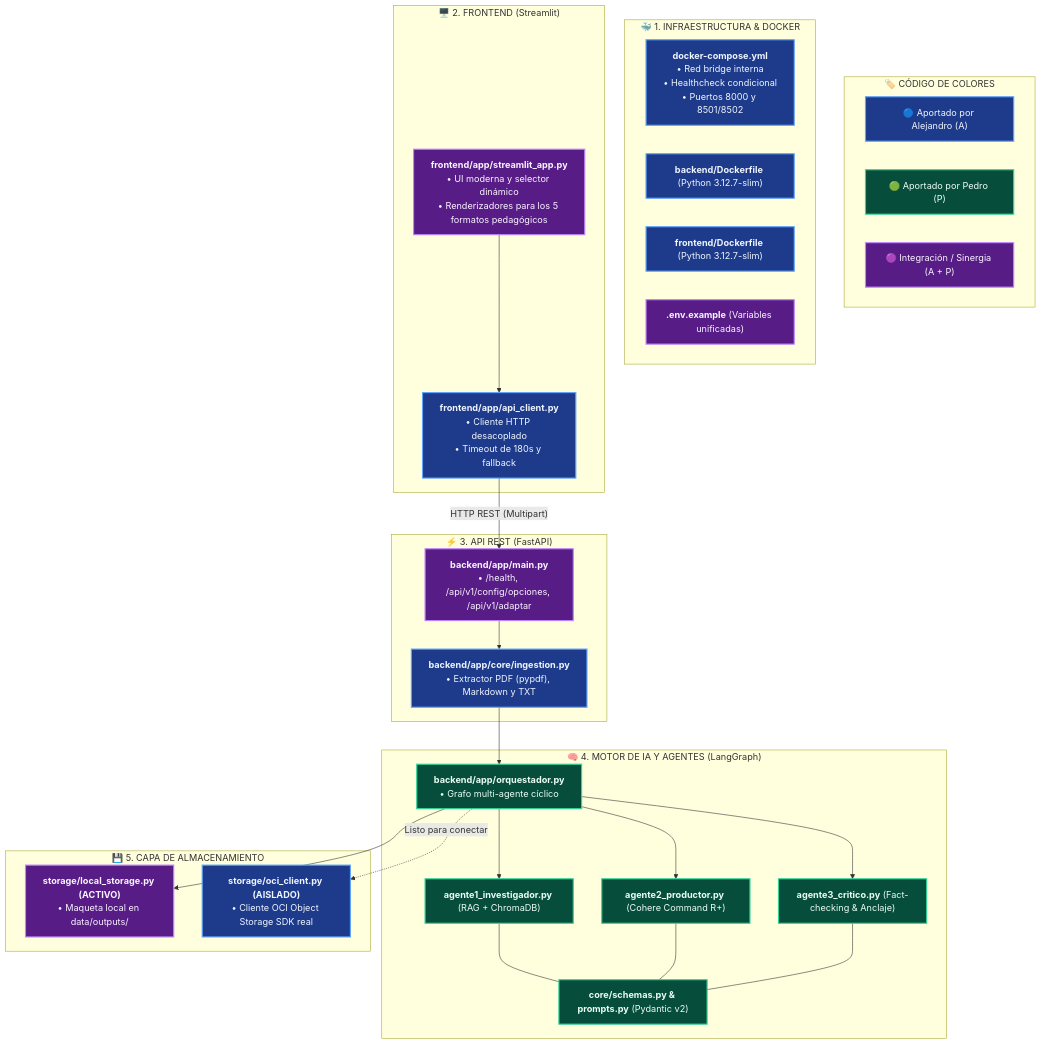
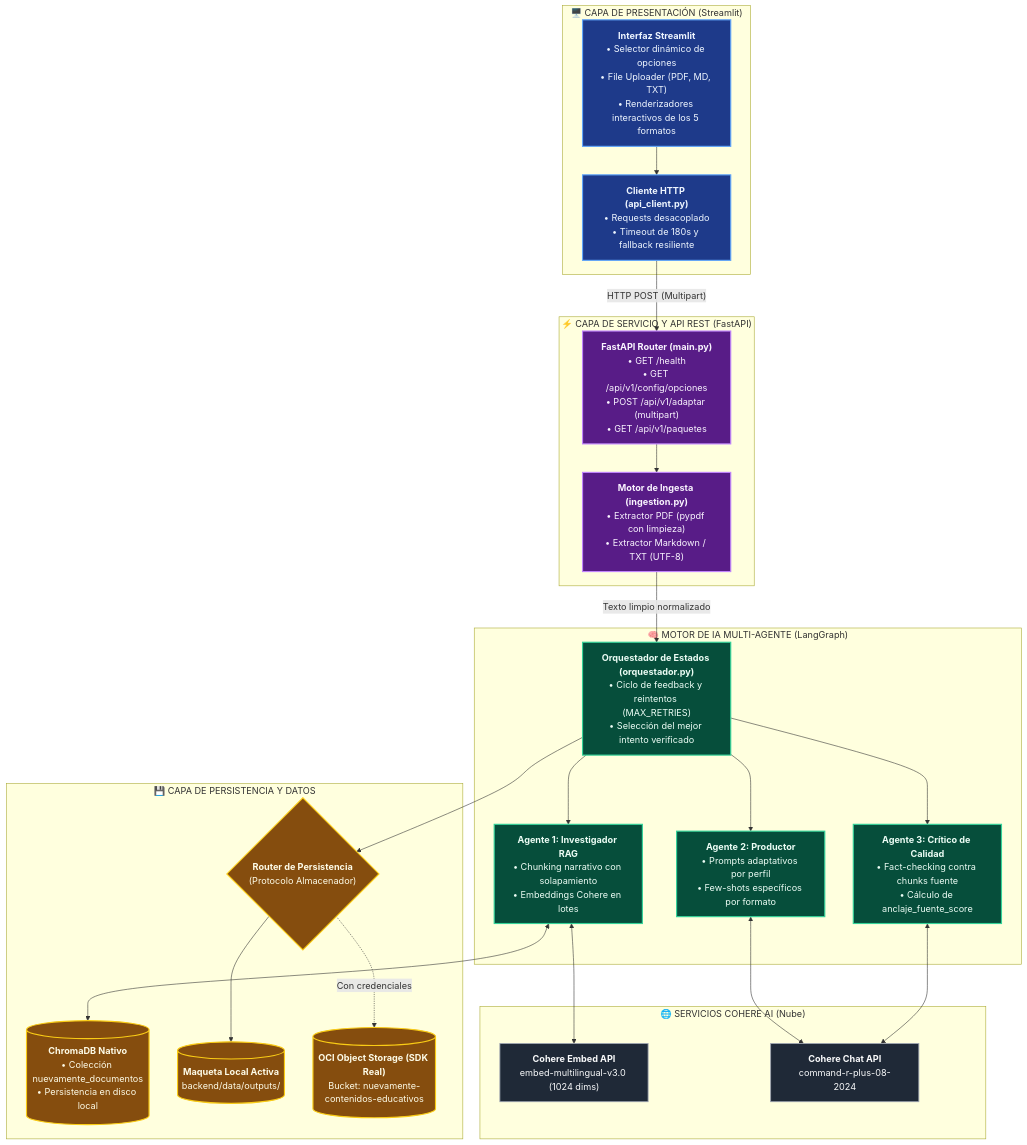
The first of 4 diagrams in README.md (No-Country-simulation/G10-LATAM-equipo10NovaMind), drawn with Mermaid before and after one commit. The commit also changed other lines of this file and 20 other files, not shown here.

````diff
--- a/README.md
+++ b/README.md
@@ -18,60 +24,62 @@
 ```mermaid
 graph TD
-    %% Estilos de autoría
-    classDef alejandro fill:#1e3a8a,stroke:#60a5fa,stroke-width:2px,color:#eff6ff;
-    classDef pedro fill:#064e3b,stroke:#34d399,stroke-width:2px,color:#ecfdf5;
-    classDef sinergia fill:#581c87,stroke:#c084fc,stroke-width:2px,color:#faf5ff;
+    %% Estilos de Nodos
+    classDef client fill:#1e3a8a,stroke:#60a5fa,stroke-width:2px,color:#eff6ff;
+    classDef api fill:#581c87,stroke:#c084fc,stroke-width:2px,color:#faf5ff;
+    classDef agent fill:#064e3b,stroke:#34d399,stroke-width:2px,color:#ecfdf5;
+    classDef storage fill:#854d0e,stroke:#facc15,stroke-width:2px,color:#fefce8;
+    classDef external fill:#1f2937,stroke:#9ca3af,stroke-width:1.5px,color:#f9fafb;
 
-    %% Leyenda
-    subgraph LEYENDA ["🏷️ CÓDIGO DE COLORES"]
-        L_A["🔵 Aportado por Alejandro (A)"]:::alejandro
-        L_P["🟢 Aportado por Pedro (P)"]:::pedro
-        L_AP["🟣 Integración / Sinergia (A + P)"]:::sinergia
+    %% CAPA CLIENTE / FRONTEND
+    subgraph CAPA_FRONTEND ["🖥️ CAPA DE PRESENTACIÓN (Streamlit)"]
+        UI["<b>Interfaz Streamlit</b><br/>• Selector dinámico de opciones<br/>• File Uploader (PDF, MD, TXT)<br/>• Renderizadores interactivos de los 5 formatos"]:::client
+        HTTP_CLIENT["<b>Cliente HTTP (api_client.py)</b><br/>• Requests desacoplado<br/>• Timeout de 180s y fallback resiliente"]:::client
+        UI --> HTTP_CLIENT
     end
 
-    %% 1. Infraestructura
-    subgraph INFRA ["🐳 1. INFRAESTRUCTURA & DOCKER"]
-        COMPOSE["<b>docker-compose.yml</b><br/>• Red bridge interna<br/>• Healthcheck condicional<br/>• Puertos 8000 y 8501/8502"]:::alejandro
-        DOCK_B["<b>backend/Dockerfile</b> (Python 3.12.7-slim)"]:::alejandro
-        DOCK_F["<b>frontend/Dockerfile</b> (Python 3.12.7-slim)"]:::alejandro
-        ENV["<b>.env.example</b> (Variables unificadas)"]:::sinergia
+    %% CAPA SERVICIO / BACKEND
+    subgraph CAPA_BACKEND ["⚡ CAPA DE SERVICIO Y API REST (FastAPI)"]
+        API_ROUTER["<b>FastAPI Router (main.py)</b><br/>• GET /health<br/>• GET /api/v1/config/opciones<br/>• POST /api/v1/adaptar (multipart)<br/>• GET /api/v1/paquetes"]:::api
+        INGESTION_ENGINE["<b>Motor de Ingesta (ingestion.py)</b><br/>• Extractor PDF (pypdf con limpieza)<br/>• Extractor Markdown / TXT (UTF-8)"]:::api
+        API_ROUTER --> INGESTION_ENGINE
     end
 
-    %% 2. Frontend
-    subgraph FRONTEND ["🖥️ 2. FRONTEND (Streamlit)"]
-        UI["<b>frontend/app/streamlit_app.py</b><br/>• UI moderna y selector dinámico<br/>• Renderizadores para los 5 formatos pedagógicos"]:::sinergia
-        CLIENT["<b>frontend/app/api_client.py</b><br/>• Cliente HTTP desacoplado<br/>• Timeout de 180s y fallback"]:::alejandro
-        UI --> CLIENT
+    %% CAPA MOTOR DE IA
+    subgraph CAPA_IA ["🧠 MOTOR DE IA MULTI-AGENTE (LangGraph)"]
+        ORQUESTADOR["<b>Orquestador de Estados (orquestador.py)</b><br/>• Ciclo de feedback y reintentos (MAX_RETRIES)<br/>• Selección del mejor intento verificado"]:::agent
+        
+        AG1["<b>Agente 1: Investigador RAG</b><br/>• Chunking narrativo con solapamiento<br/>• Embeddings Cohere en lotes"]:::agent
+        AG2["<b>Agente 2: Productor</b><br/>• Prompts adaptativos por perfil<br/>• Few-shots específicos por formato"]:::agent
+        AG3["<b>Agente 3: Crítico de Calidad</b><br/>• Fact-checking contra chunks fuente<br/>• Cálculo de anclaje_fuente_score"]:::agent
+
+        ORQUESTADOR --> AG1
+        ORQUESTADOR --> AG2
+        ORQUESTADOR --> AG3
     end
 
-    %% 3. Backend API
-    subgraph API_REST ["⚡ 3. API REST (FastAPI)"]
-        FASTAPI["<b>backend/app/main.py</b><br/>• /health, /api/v1/config/opciones, /api/v1/adaptar"]:::sinergia
-        INGEST["<b>backend/app/core/ingestion.py</b><br/>• Extractor PDF (pypdf), Markdown y TXT"]:::alejandro
-        FASTAPI --> INGEST
+    %% CAPA EXTERNA DE IA
+    subgraph SERVICIOS_EXTERNOS ["🌐 SERVICIOS COHERE AI (Nube)"]
+        COHERE_EMBED["<b>Cohere Embed API</b><br/>embed-multilingual-v3.0 (1024 dims)"]:::external
+        COHERE_CHAT["<b>Cohere Chat API</b><br/>command-r-plus-08-2024"]:::external
     end
 
-    %% 4. Motor de IA
-    subgraph IA_CORE ["🧠 4. MOTOR DE IA Y AGENTES (LangGraph)"]
-        ORQ["<b>backend/app/orquestador.py</b><br/>• Grafo multi-agente cíclico"]:::pedro
-        AG1["<b>agente1_investigador.py</b> (RAG + ChromaDB)"]:::pedro
-        AG2["<b>agente2_productor.py</b> (Cohere Command R+)"]:::pedro
-        AG3["<b>agente3_critico.py</b> (Fact-checking & Anclaje)"]:::pedro
-        SCHEMAS["<b>core/schemas.py & prompts.py</b> (Pydantic v2)"]:::pedro
+    %% CAPA DE ALMACENAMIENTO
+    subgraph CAPA_DATOS ["💾 CAPA DE PERSISTENCIA Y DATOS"]
+        CHROMA_DB[("<b>ChromaDB Nativo</b><br/>• Colección nuevamente_documentos<br/>• Persistencia en disco local")]:::storage
+        STORAGE_ROUTER{"<b>Router de Persistencia</b><br/>(Protocolo Almacenador)"}:::storage
+        LOCAL_OUTPUTS[("<b>Maqueta Local Activa</b><br/>backend/data/outputs/")]:::storage
+        OCI_BUCKET[("<b>OCI Object Storage (SDK Real)</b><br/>Bucket: nuevamente-contenidos-educativos")]:::storage
 
-        ORQ --> AG1 & AG2 & AG3
-        AG1 & AG2 & AG3 --- SCHEMAS
+        STORAGE_ROUTER --> LOCAL_OUTPUTS
+        STORAGE_ROUTER -.->|Con credenciales| OCI_BUCKET
     end
 
-    %% 5. Almacenamiento
-    subgraph STORAGE ["💾 5. CAPA DE ALMACENAMIENTO"]
-        MOCK_STORAGE["<b>storage/local_storage.py (ACTIVO)</b><br/>• Maqueta local en data/outputs/"]:::sinergia
-        REAL_OCI["<b>storage/oci_client.py (AISLADO)</b><br/>• Cliente OCI Object Storage SDK real"]:::alejandro
-
-        ORQ --> MOCK_STORAGE
-        ORQ -.->|Listo para conectar| REAL_OCI
-    end
-
-    CLIENT -- "HTTP REST (Multipart)" --> FASTAPI
-    INGEST --> ORQ
+    %% CONEXIONES INTER-CAPAS
+    HTTP_CLIENT -- "HTTP POST (Multipart)" --> API_ROUTER
+    INGESTION_ENGINE -- "Texto limpio normalizado" --> ORQUESTADOR
+    AG1 <--> COHERE_EMBED
+    AG1 <--> CHROMA_DB
+    AG2 <--> COHERE_CHAT
+    AG3 <--> COHERE_CHAT
+    ORQUESTADOR --> STORAGE_ROUTER
 ```
````
